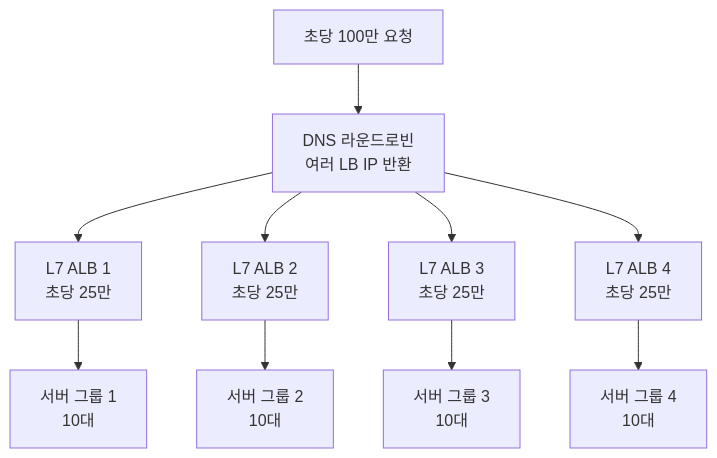
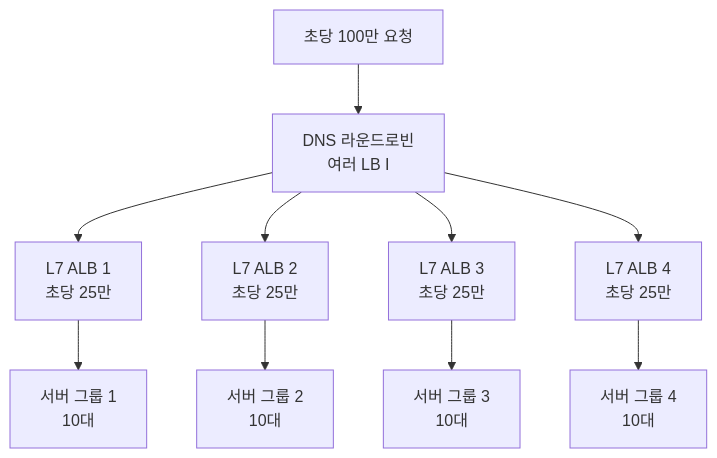
One commit to yjkim2015/yjkim2015.github.io changed the seventh of 8 diagrams in _posts/network/2026-05-01-load-balancer.md. Above: the diagram before and after it, drawn with Mermaid. The commit also changed other lines of this file and 271 other files, not shown here.

First line of the commit message:
Mermaid 라벨 축소: 긴 노드 텍스트 18자 이하로 트림 + \n 제거

````diff
--- a/_posts/network/2026-05-01-load-balancer.md
+++ b/_posts/network/2026-05-01-load-balancer.md
@@ -707,12 +707,12 @@
 ```mermaid
 graph TD
-    Traffic["초당 100만 요청"] --> DNS_LB["DNS 라운드로빈\n여러 LB IP 반환"]
+    Traffic["초당 100만 요청"] --> DNS_LB["DNS 라운드로빈\n여러 LB I"]
     DNS_LB --> LB1["L7 ALB 1\n초당 25만"]
     DNS_LB --> LB2["L7 ALB 2\n초당 25만"]
     DNS_LB --> LB3["L7 ALB 3\n초당 25만"]
     DNS_LB --> LB4["L7 ALB 4\n초당 25만"]
     LB1 --> S1_Group["서버 그룹 1\n10대"]
     LB2 --> S2_Group["서버 그룹 2\n10대"]
     LB3 --> S3_Group["서버 그룹 3\n10대"]
     LB4 --> S4_Group["서버 그룹 4\n10대"]
 ```
````
